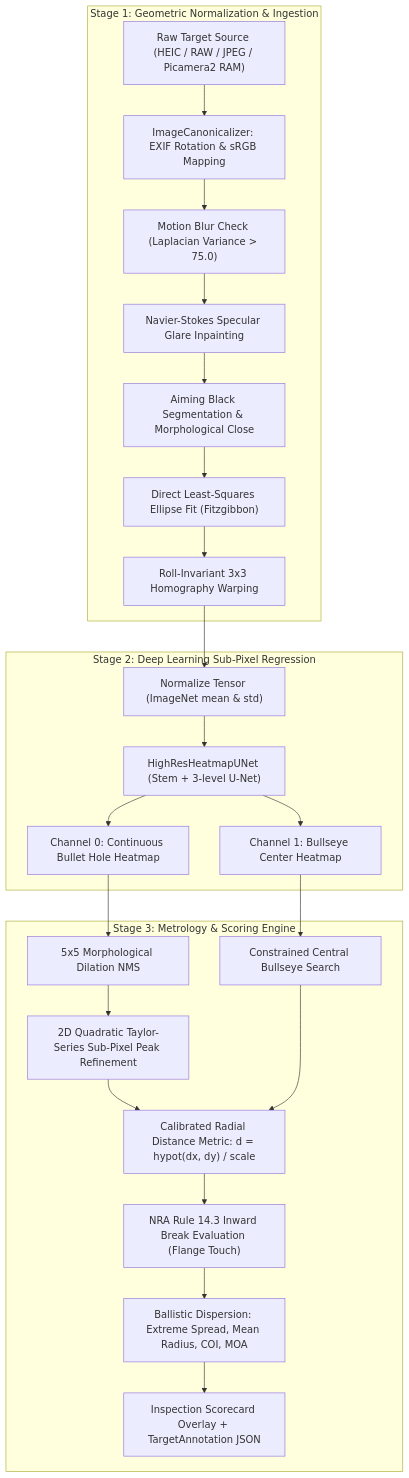
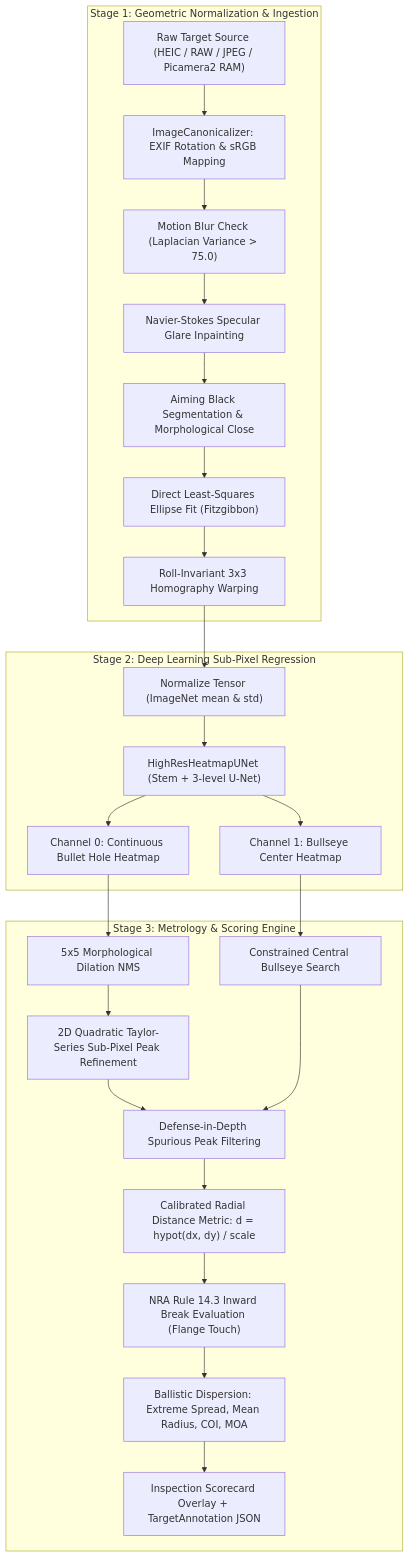
One commit to aiannetti/ACI-Target-Scorer changed the diagram in docs/architecture_and_developer_guide.md. Above: the diagram before and after it, drawn with Mermaid. The commit also changed other lines of this file and 4 other files, not shown here.

Commit message:
docs: synchronize documentation suite with synthetic modularization, defense-in-depth metrology, and 103-test suite

````diff
--- a/docs/architecture_and_developer_guide.md
+++ b/docs/architecture_and_developer_guide.md
@@ -24,29 +27,30 @@
 ```mermaid
 flowchart TD
     subgraph S1["Stage 1: Geometric Normalization & Ingestion"]
         In["Raw Target Source (HEIC / RAW / JPEG / Picamera2 RAM)"]
         In --> Canon["ImageCanonicalizer: EXIF Rotation & sRGB Mapping"]
         Canon --> Blur["Motion Blur Check (Laplacian Variance > 75.0)"]
         Blur --> Inpaint["Navier-Stokes Specular Glare Inpainting"]
         Inpaint --> Seg["Aiming Black Segmentation & Morphological Close"]
         Seg --> Ellipse["Direct Least-Squares Ellipse Fit (Fitzgibbon)"]
         Ellipse --> Homography["Roll-Invariant 3x3 Homography Warping"]
     end
 
     subgraph S2["Stage 2: Deep Learning Sub-Pixel Regression"]
         Homography --> Tensor["Normalize Tensor (ImageNet mean & std)"]
         Tensor --> UNet["HighResHeatmapUNet (Stem + 3-level U-Net)"]
         UNet --> Hmap0["Channel 0: Continuous Bullet Hole Heatmap"]
         UNet --> Hmap1["Channel 1: Bullseye Center Heatmap"]
     end
 
     subgraph S3["Stage 3: Metrology & Scoring Engine"]
         Hmap0 --> NMS["5x5 Morphological Dilation NMS"]
         NMS --> Taylor["2D Quadratic Taylor-Series Sub-Pixel Peak Refinement"]
         Hmap1 --> Center["Constrained Central Bullseye Search"]
-        Taylor & Center --> Radial["Calibrated Radial Distance Metric: d = hypot(dx, dy) / scale"]
+        Taylor & Center --> Filter["Defense-in-Depth Spurious Peak Filtering"]
+        Filter --> Radial["Calibrated Radial Distance Metric: d = hypot(dx, dy) / scale"]
         Radial --> Inward["NRA Rule 14.3 Inward Break Evaluation (Flange Touch)"]
         Inward --> Dispersion["Ballistic Dispersion: Extreme Spread, Mean Radius, COI, MOA"]
         Dispersion --> Out["Inspection Scorecard Overlay + TargetAnnotation JSON"]
     end
 ```
````
